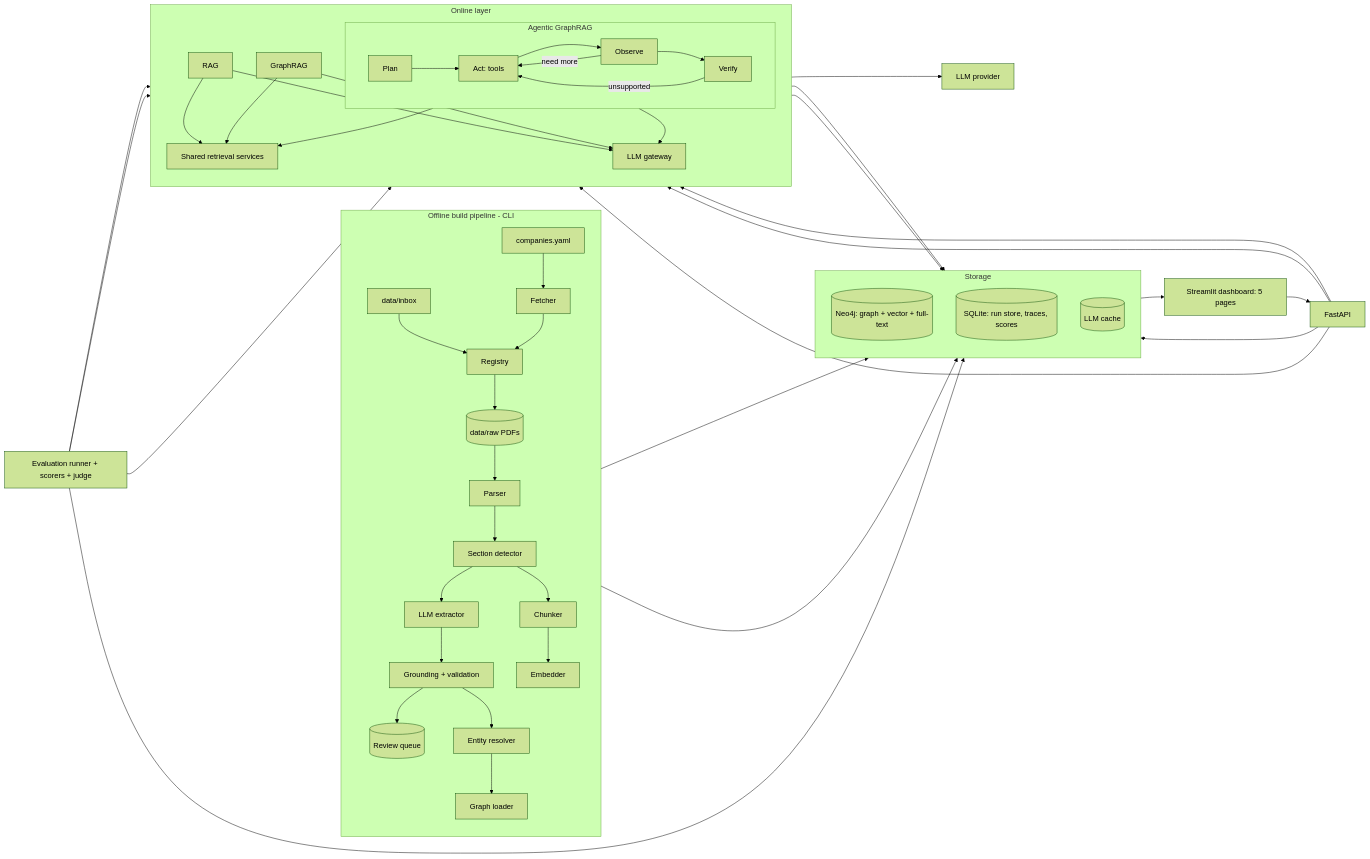
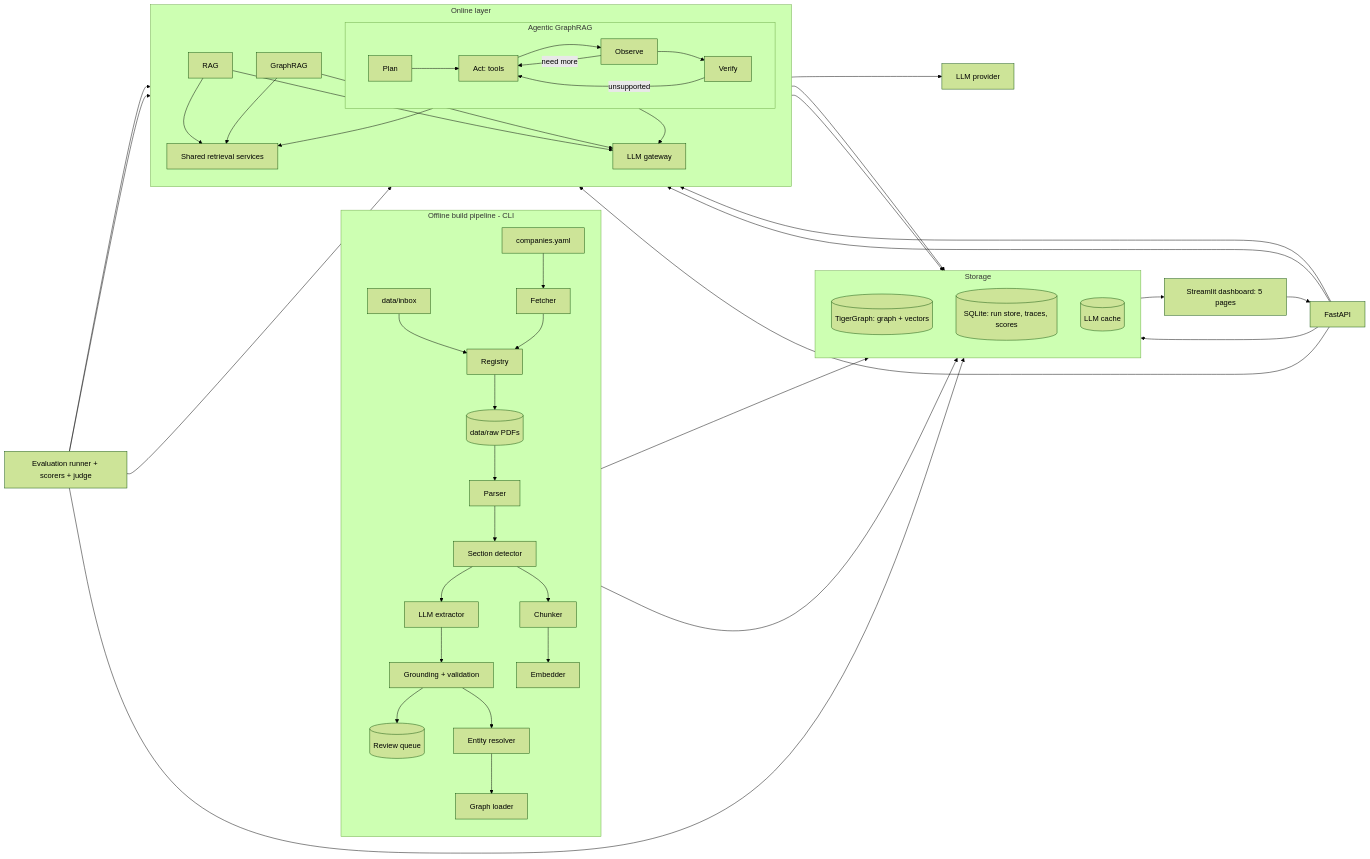
One commit to Tetra4ge/Interlock-TG changed the diagram in README.md. Above: the diagram before and after it, drawn with Mermaid (forest theme). The commit also changed other lines of this file and 13 other files, not shown here.

Commit message:
docs: migrate architecture and documentation references from Neo4j to TigerGraph

````diff
--- a/README.md
+++ b/README.md
@@ -42,63 +46,63 @@
 ```mermaid
 flowchart LR
     subgraph OFF[Offline build pipeline - CLI]
         direction TB
         CFG[companies.yaml] --> F[Fetcher]
         IN[data/inbox] --> REG[Registry]
         F --> REG
         REG --> RAW[(data/raw PDFs)]
         RAW --> P[Parser]
         P --> S[Section detector]
         S --> CH[Chunker]
         S --> X[LLM extractor]
         X --> G[Grounding + validation]
         G --> RQ[(Review queue)]
         G --> RES[Entity resolver]
         RES --> L[Graph loader]
         CH --> E[Embedder]
     end
 
     subgraph STORE[Storage]
         direction TB
-        NEO[(Neo4j: graph + vector + full-text)]
+        TG[(TigerGraph: graph + vectors)]
         SQL[(SQLite: run store, traces, scores)]
         CACHE[(LLM cache)]
     end
 
     subgraph ON[Online layer]
         direction TB
         RET[Shared retrieval services]
         RAG[RAG]
         GR[GraphRAG]
         subgraph AGENT[Agentic GraphRAG]
             direction LR
             PL[Plan] --> AC[Act: tools] --> OB[Observe] --> VF[Verify]
             OB -->|need more| AC
             VF -->|unsupported| AC
         end
         RAG --> RET
         GR --> RET
         AGENT --> RET
         GW[LLM gateway]
         RAG --> GW
         GR --> GW
         AGENT --> GW
     end
 
-    L --> NEO
-    E --> NEO
-    RET --> NEO
+    L --> TG
+    E --> TG
+    RET --> TG
     GW --> CACHE
     GW --> LLM[LLM provider]
 
     EVAL[Evaluation runner + scorers + judge] --> RAG
     EVAL --> GR
     EVAL --> AGENT
     EVAL --> SQL
     API[FastAPI] --> RAG
     API --> GR
     API --> AGENT
     API --> SQL
     DASH[Streamlit dashboard: 5 pages] --> API
     SQL --> DASH
 ```
````
